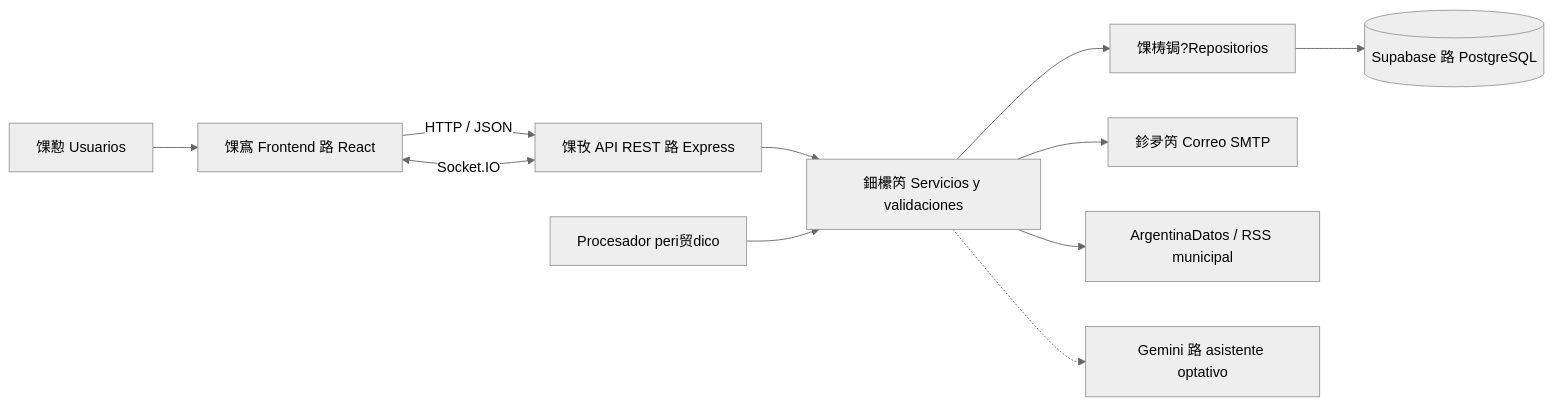
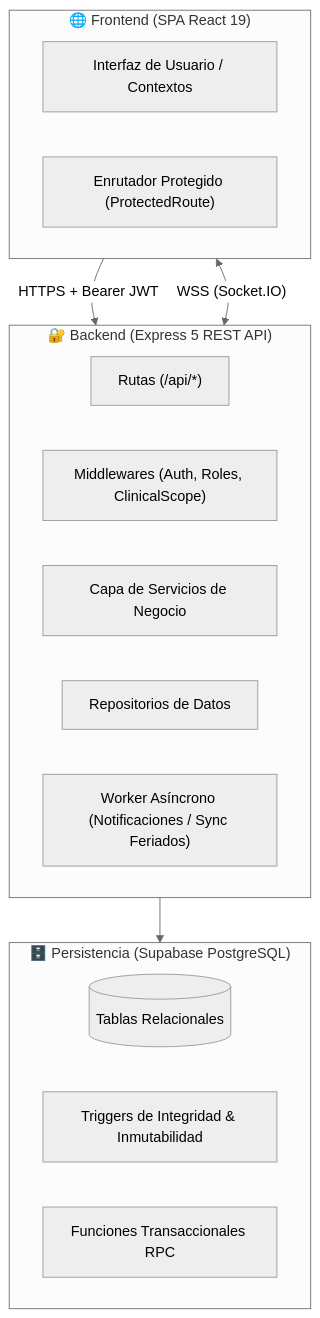
Before and after one commit to Arhiell/SAPS_Turno: the second of 2 diagrams in README.md, drawn with Mermaid (neutral theme). The commit also changed other lines of this file and 13 other files, not shown here.

````diff
--- a/README.md
+++ b/README.md
@@ -272,13 +225,25 @@
 ```mermaid
-flowchart LR
-    U["馃懃 Usuarios"] --> F["馃寪 Frontend 路 React"]
-    F -->|"HTTP / JSON"| A["馃攼 API REST 路 Express"]
-    A --> S["鈿欙笍 Servicios y validaciones"]
-    S --> R["馃梼锔?Repositorios"]
-    R --> D[("Supabase 路 PostgreSQL")]
-    S --> M["鉁夛笍 Correo SMTP"]
-    A <-->|"Socket.IO"| F
-    W["Procesador peri贸dico"] --> S
-    S --> E["ArgentinaDatos / RSS municipal"]
-    S -.-> G["Gemini 路 asistente optativo"]
+flowchart TB
+    subgraph FRONTEND["🌐 Frontend (SPA React 19)"]
+        UI["Interfaz de Usuario / Contextos"]
+        ROUTING["Enrutador Protegido (ProtectedRoute)"]
+    end
+
+    subgraph BACKEND["🔐 Backend (Express 5 REST API)"]
+        ROUTES["Rutas (/api/*)"]
+        MW["Middlewares (Auth, Roles, ClinicalScope)"]
+        SRV["Capa de Servicios de Negocio"]
+        REPO["Repositorios de Datos"]
+        WORKER["Worker Asíncrono (Notificaciones / Sync Feriados)"]
+    end
+
+    subgraph DATABASE["🗄️ Persistencia (Supabase PostgreSQL)"]
+        TABLES[("Tablas Relacionales")]
+        TRIGGERS["Triggers de Integridad & Inmutabilidad"]
+        RPC["Funciones Transaccionales RPC"]
+    end
+
+    FRONTEND -->|"HTTPS + Bearer JWT"| BACKEND
+    FRONTEND <-->|"WSS (Socket.IO)"| BACKEND
+    BACKEND --> DATABASE
 ```
````
